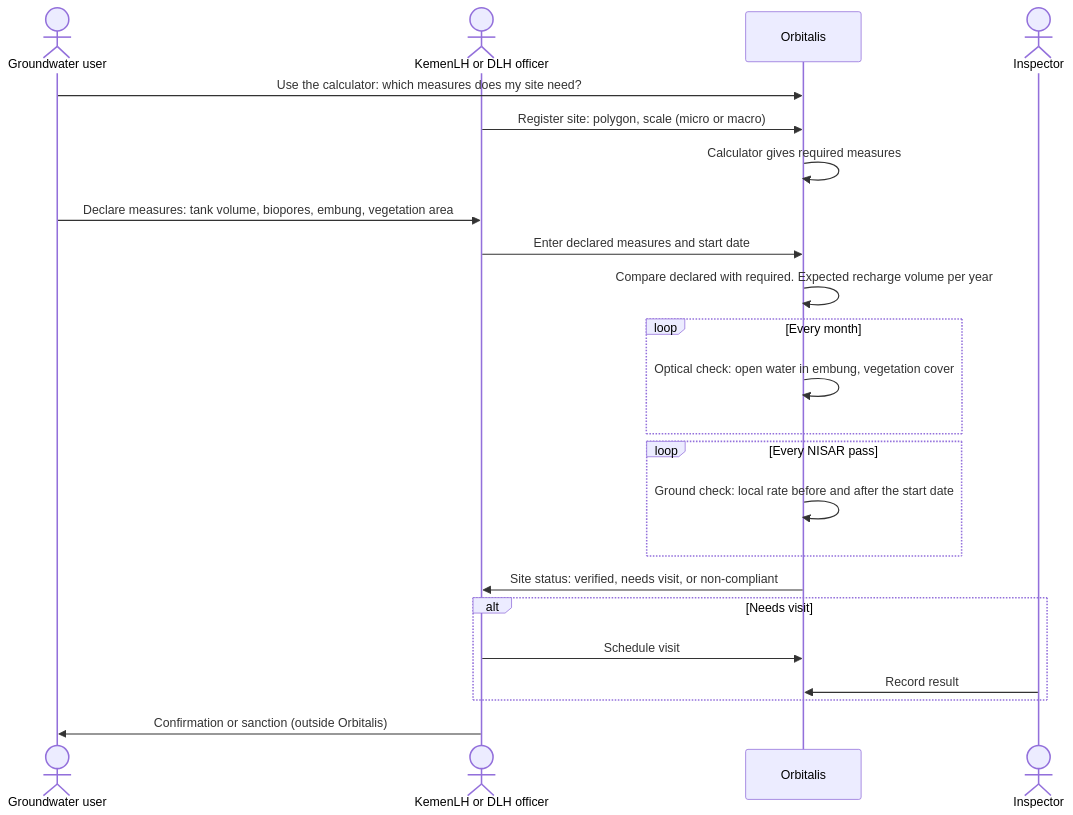
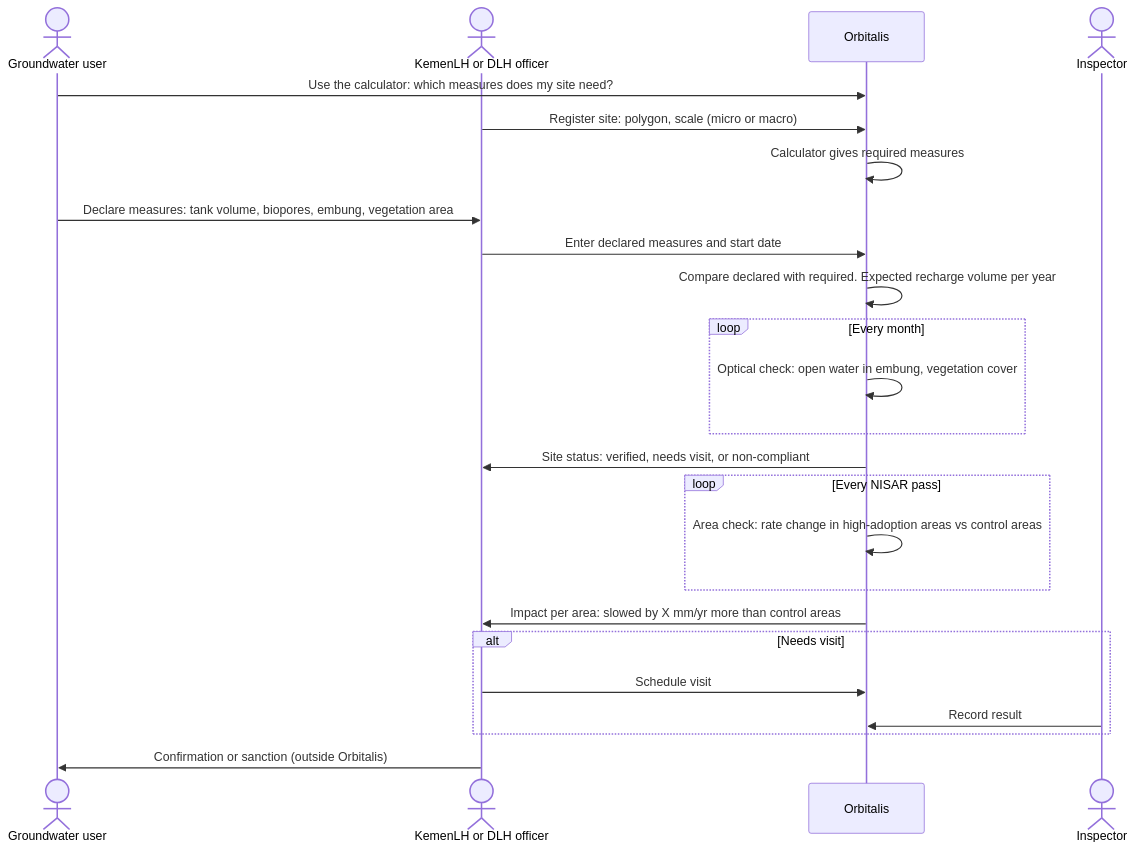
One commit to halmahera-dev/orbitalis changed the sixth of 8 diagrams in docs/business-flow.md. Above: the diagram before and after it, drawn with Mermaid. The commit also changed other lines of this file and 2 other files, not shown here.

Commit message:
docs: measure water farming impact per area against control areas

````diff
--- a/docs/business-flow.md
+++ b/docs/business-flow.md
@@ -139,26 +139,27 @@
 ```mermaid
 sequenceDiagram
     actor U as Groundwater user
     actor K as KemenLH or DLH officer
     participant O as Orbitalis
     actor I as Inspector
 
     U->>O: Use the calculator: which measures does my site need?
     K->>O: Register site: polygon, scale (micro or macro)
     O->>O: Calculator gives required measures
     U->>K: Declare measures: tank volume, biopores, embung, vegetation area
     K->>O: Enter declared measures and start date
     O->>O: Compare declared with required. Expected recharge volume per year
     loop Every month
         O->>O: Optical check: open water in embung, vegetation cover
     end
+    O->>K: Site status: verified, needs visit, or non-compliant
     loop Every NISAR pass
-        O->>O: Ground check: local rate before and after the start date
+        O->>O: Area check: rate change in high-adoption areas vs control areas
     end
-    O->>K: Site status: verified, needs visit, or non-compliant
+    O->>K: Impact per area: slowed by X mm/yr more than control areas
     alt Needs visit
         K->>O: Schedule visit
         I->>O: Record result
     end
     K->>U: Confirmation or sanction (outside Orbitalis)
 ```
````
